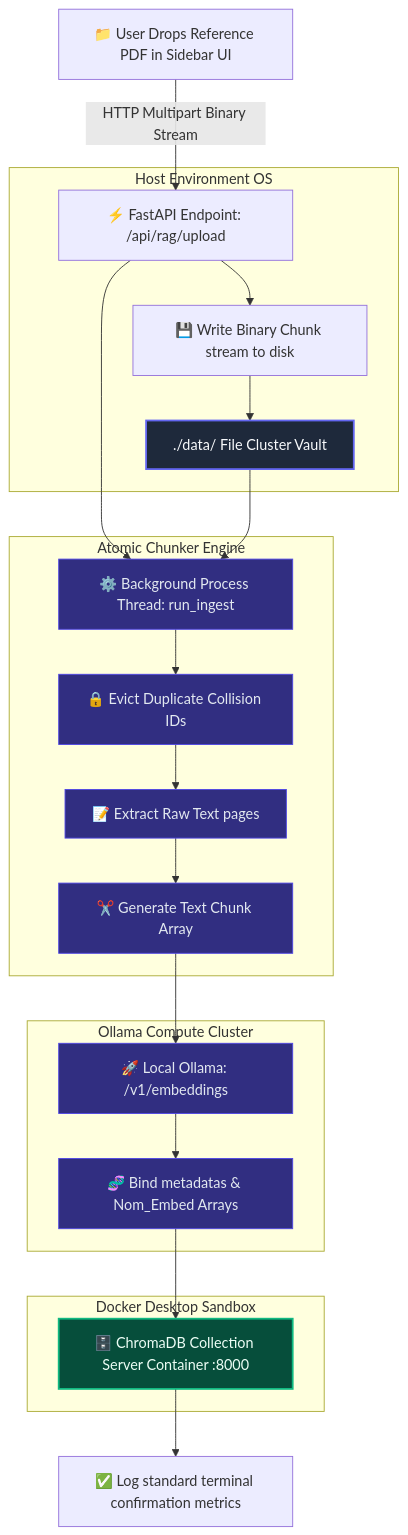
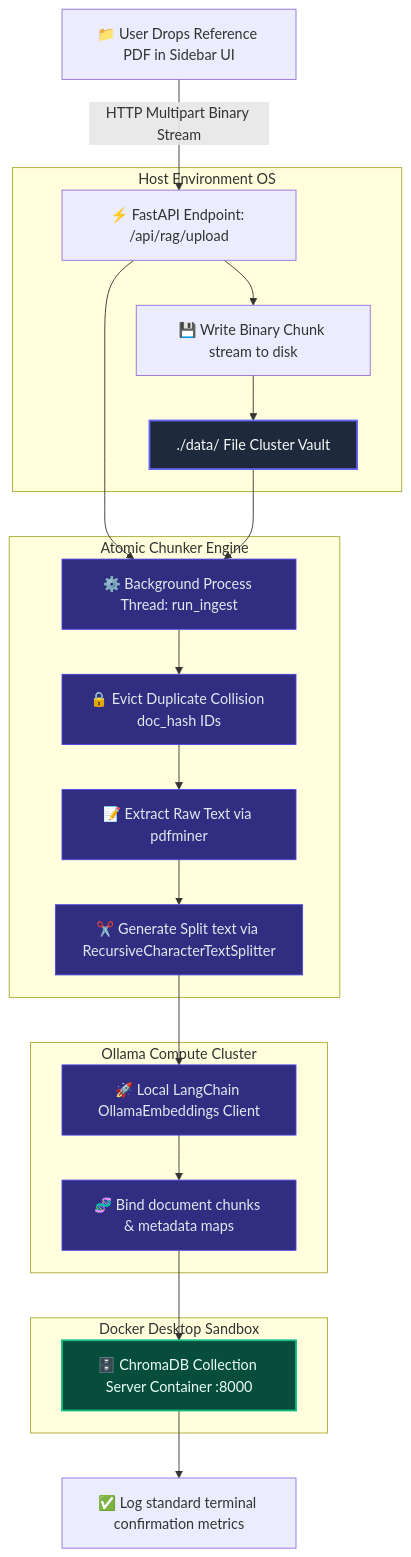
The third of 3 diagrams in README.md (ranapratapmajee/nexusmind), drawn with Mermaid before and after one commit. The commit also changed other lines of this file and 25 other files, not shown here.

````diff
--- a/README.md
+++ b/README.md
@@ -147,41 +141,40 @@
 ```mermaid
 graph TD
     %% Styling Profile Configurations
     classDef fileStyle fill:#1E293B,stroke:#6366F1,stroke-width:2px,color:#F8FAFC;
     classDef processStyle fill:#312E81,stroke:#4F46E5,stroke-width:1px,color:#E2E8F0;
     classDef infraStyle fill:#064E3B,stroke:#10B981,stroke-width:2px,color:#ECFDF5;
 
     %% Workflow Structures
     Upload[📁 User Drops Reference PDF in Sidebar UI] -->|HTTP Multipart Binary Stream| Route[⚡ FastAPI Endpoint: /api/rag/upload]
     
     subgraph Local Disk Operations [Host Environment OS]
         Route --> Write[💾 Write Binary Chunk stream to disk]
         Write --> StorageDir[./data/ File Cluster Vault]
         class StorageDir fileStyle;
     end
 
     Route --> IngestWorker[⚙️ Background Process Thread: run_ingest]
     class IngestWorker processStyle;
     StorageDir --> IngestWorker
 
     subgraph RAG Compilation Sequence [Atomic Chunker Engine]
-        IngestWorker --> HashCheck[🔒 Evict Duplicate Collision IDs]
-        HashCheck --> TextStream[📝 Extract Raw Text pages]
-        TextStream --> Chunking[✂️ Generate Text Chunk Array]
+        IngestWorker --> HashCheck[🔒 Evict Duplicate Collision doc_hash IDs]
+        HashCheck --> TextStream[📝 Extract Raw Text via pdfminer]
+        TextStream --> Chunking[✂️ Generate Split text via RecursiveCharacterTextSplitter]
     end
     class HashCheck,TextStream,Chunking processStyle;
 
     subgraph Asynchronous Vector Pipeline [Ollama Compute Cluster]
-        Chunking --> EmbedAPI[🚀 Local Ollama: /v1/embeddings]
-        EmbedAPI --> EmbedMerge[🧬 Bind metadatas & Nom_Embed Arrays]
+        Chunking --> EmbedAPI[🚀 Local LangChain OllamaEmbeddings Client]
+        EmbedAPI --> EmbedMerge[🧬 Bind document chunks & metadata maps]
     end
     class EmbedAPI,EmbedMerge processStyle;
     
     subgraph Persistent Storage Database [Docker Desktop Sandbox]
         EmbedMerge --> Chroma[🗄️ ChromaDB Collection Server Container :8000]
         class Chroma infraStyle;
     end
 
     Chroma --> Log[✅ Log standard terminal confirmation metrics]
-
 ```
````
